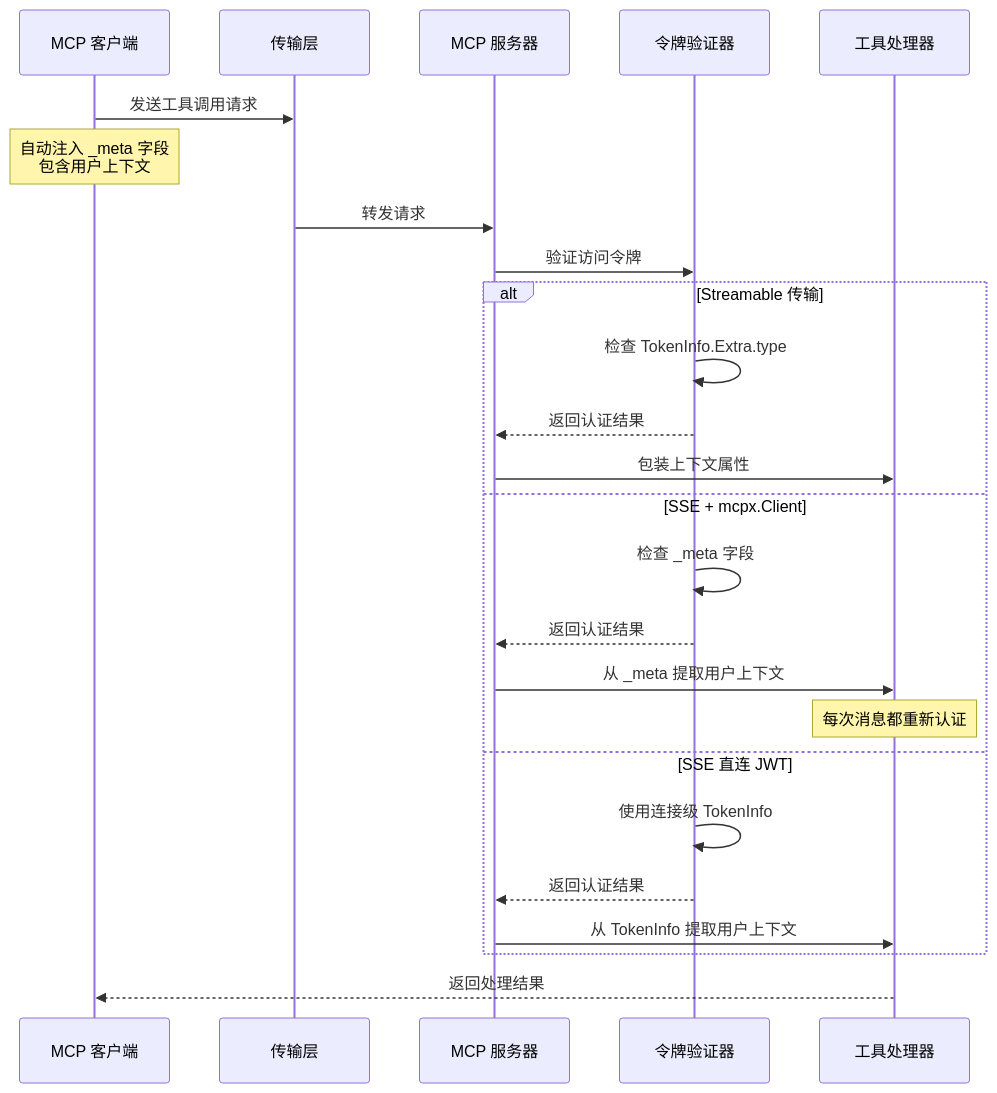
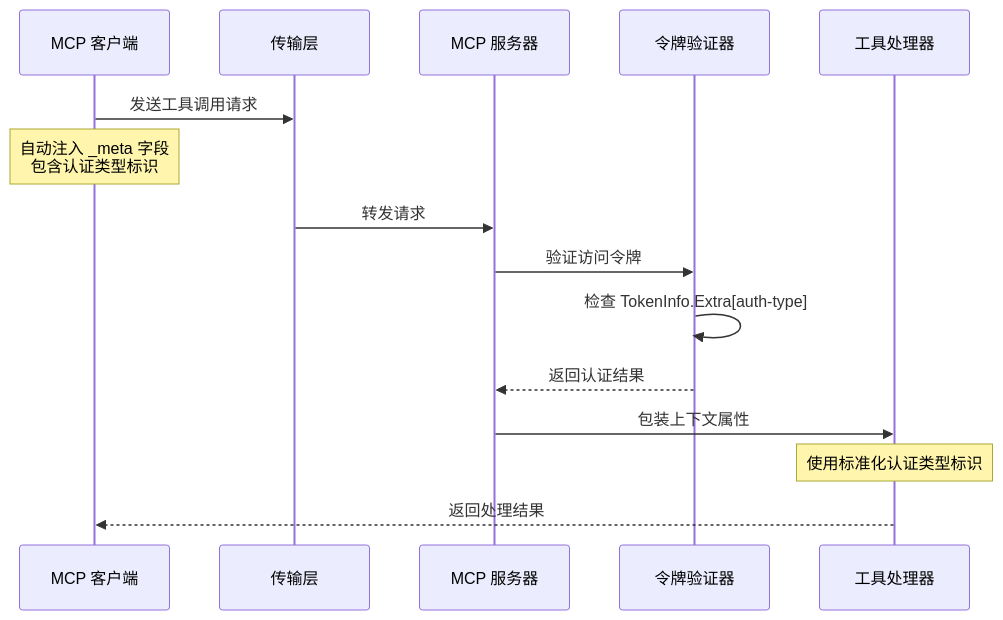
One commit to maomao94/zero-service changed the fourth of 6 diagrams in .qoder/repowiki/zh/content/Mcpx Authentication System.md. Above: the diagram before and after it, drawn with Mermaid. The commit also changed other lines of this file and 7 other files, not shown here.

````diff
--- a/.qoder/repowiki/zh/content/Mcpx Authentication System.md
+++ b/.qoder/repowiki/zh/content/Mcpx Authentication System.md
@@ -219,27 +252,17 @@
 ```mermaid
 sequenceDiagram
 participant Client as MCP 客户端
 participant Transport as 传输层
 participant Server as MCP 服务器
 participant Verifier as 令牌验证器
 participant Handler as 工具处理器
 Client->>Transport : 发送工具调用请求
-Note over Client : 自动注入 _meta 字段<br/>包含用户上下文
+Note over Client : 自动注入 _meta 字段<br/>包含认证类型标识
 Transport->>Server : 转发请求
 Server->>Verifier : 验证访问令牌
-alt Streamable 传输
-Verifier->>Verifier : 检查 TokenInfo.Extra.type
+Verifier->>Verifier : 检查 TokenInfo.Extra[auth-type]
 Verifier-->>Server : 返回认证结果
 Server->>Handler : 包装上下文属性
-else SSE + mcpx.Client
-Verifier->>Verifier : 检查 _meta 字段
-Verifier-->>Server : 返回认证结果
-Server->>Handler : 从 _meta 提取用户上下文
-Note over Handler : 每次消息都重新认证
-else SSE 直连 JWT
-Verifier->>Verifier : 使用连接级 TokenInfo
-Verifier-->>Server : 返回认证结果
-Server->>Handler : 从 TokenInfo 提取用户上下文
-end
+Note over Handler : 使用标准化认证类型标识
 Handler-->>Client : 返回处理结果
 ```
````
